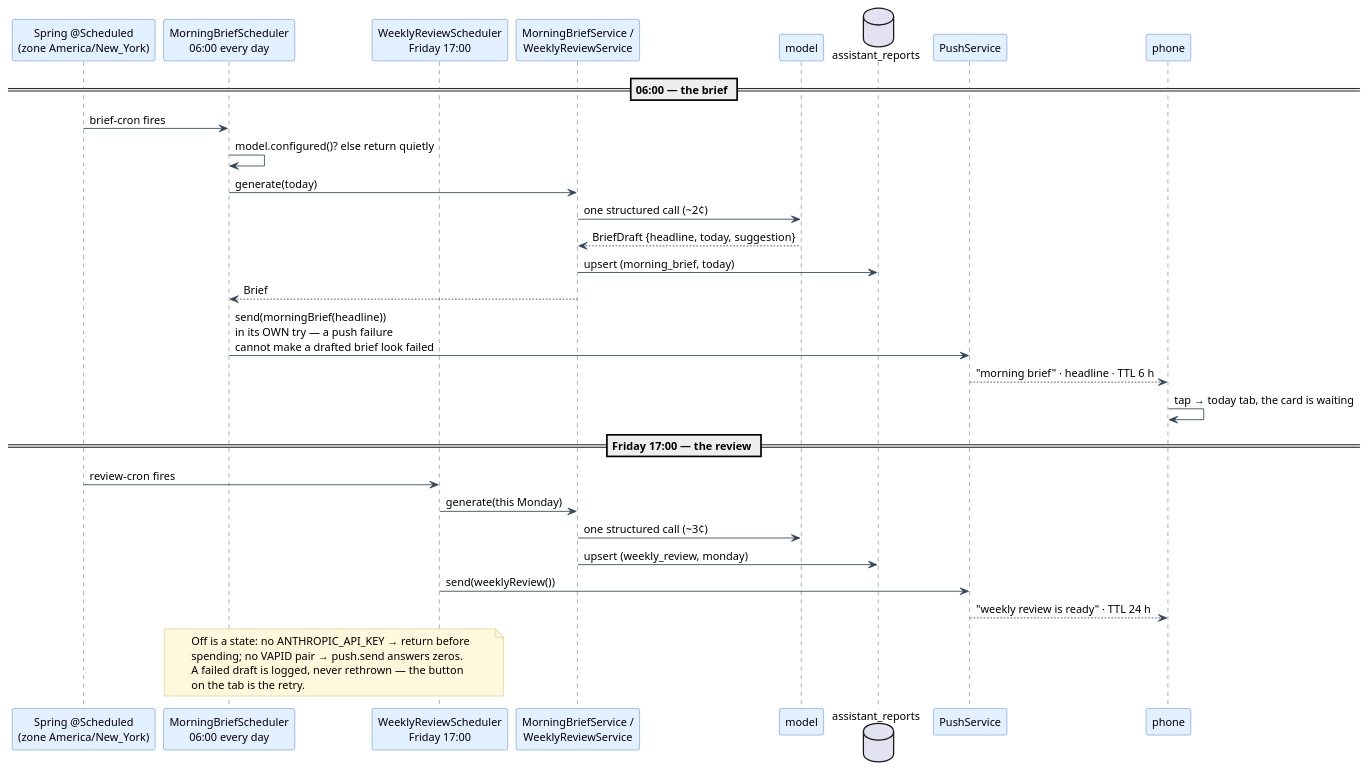
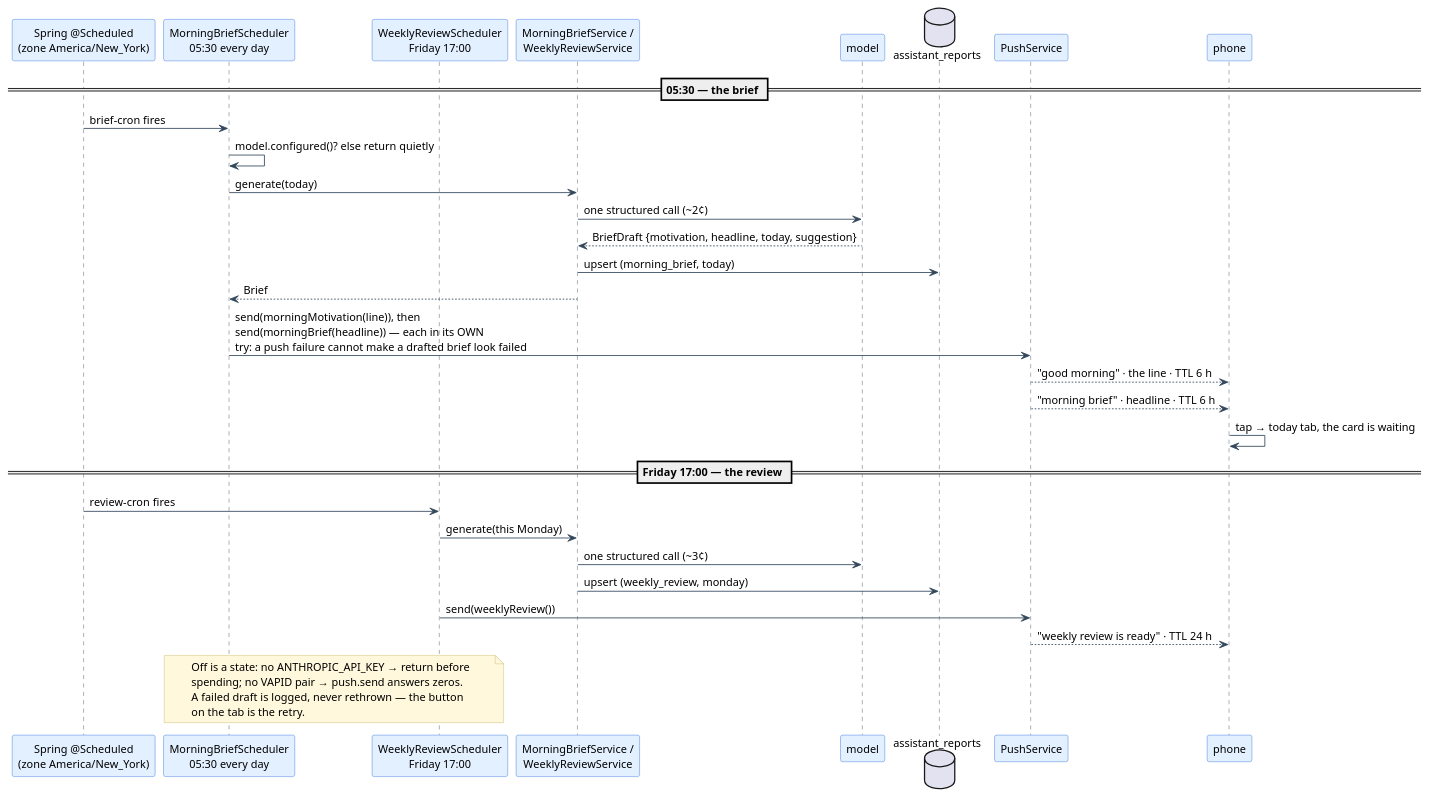
Before and after one commit to caseythecoder90/grindtrack: the diagram in gt2/docs/diagrams/scheduled-jobs.puml, drawn with PlantUML. The commit also changed 43 other files, not shown here.

```diff
--- a/gt2/docs/diagrams/scheduled-jobs.puml
+++ b/gt2/docs/diagrams/scheduled-jobs.puml
@@ -1,56 +1,57 @@
 @startuml
 ' The two things the assistant does without being asked, and how each reaches the phone.
 ' Render: see diagrams/render.sh
 skinparam backgroundColor #FFFFFF
 skinparam defaultFontSize 13
 skinparam defaultFontName Helvetica
 skinparam shadowing false
 skinparam ArrowColor #33475B
 skinparam sequence {
   ParticipantBackgroundColor #E3F0FF
   ParticipantBorderColor #2D6CDF
   LifeLineBorderColor #33475B
   GroupBorderColor #33475B
   GroupBackgroundColor #EEF2F7
 }
 skinparam note {
   BackgroundColor #FFF8DC
   BorderColor #C8B560
 }
 
 participant "Spring @Scheduled\n(zone America/New_York)" as cron
-participant "MorningBriefScheduler\n06:00 every day" as mbs
+participant "MorningBriefScheduler\n05:30 every day" as mbs
 participant "WeeklyReviewScheduler\nFriday 17:00" as wrs
 participant "MorningBriefService /\nWeeklyReviewService" as svc
 participant "model" as model
 database "assistant_reports" as reports
 participant "PushService" as push
 participant "phone" as phone
 
-== 06:00 — the brief ==
+== 05:30 — the brief ==
 cron -> mbs : brief-cron fires
 mbs -> mbs : model.configured()? else return quietly
 mbs -> svc : generate(today)
 svc -> model : one structured call (~2¢)
-model --> svc : BriefDraft {headline, today, suggestion}
+model --> svc : BriefDraft {motivation, headline, today, suggestion}
 svc -> reports : upsert (morning_brief, today)
 svc --> mbs : Brief
-mbs -> push : send(morningBrief(headline))\nin its OWN try — a push failure\ncannot make a drafted brief look failed
+mbs -> push : send(morningMotivation(line)), then\nsend(morningBrief(headline)) — each in its OWN\ntry: a push failure cannot make a drafted brief look failed
+push --> phone : "good morning" · the line · TTL 6 h
 push --> phone : "morning brief" · headline · TTL 6 h
 phone -> phone : tap → today tab, the card is waiting
 
 == Friday 17:00 — the review ==
 cron -> wrs : review-cron fires
 wrs -> svc : generate(this Monday)
 svc -> model : one structured call (~3¢)
 svc -> reports : upsert (weekly_review, monday)
 wrs -> push : send(weeklyReview())
 push --> phone : "weekly review is ready" · TTL 24 h
 
 note over mbs, wrs
   Off is a state: no ANTHROPIC_API_KEY → return before
   spending; no VAPID pair → push.send answers zeros.
   A failed draft is logged, never rethrown — the button
   on the tab is the retry.
 end note
 @enduml
```
